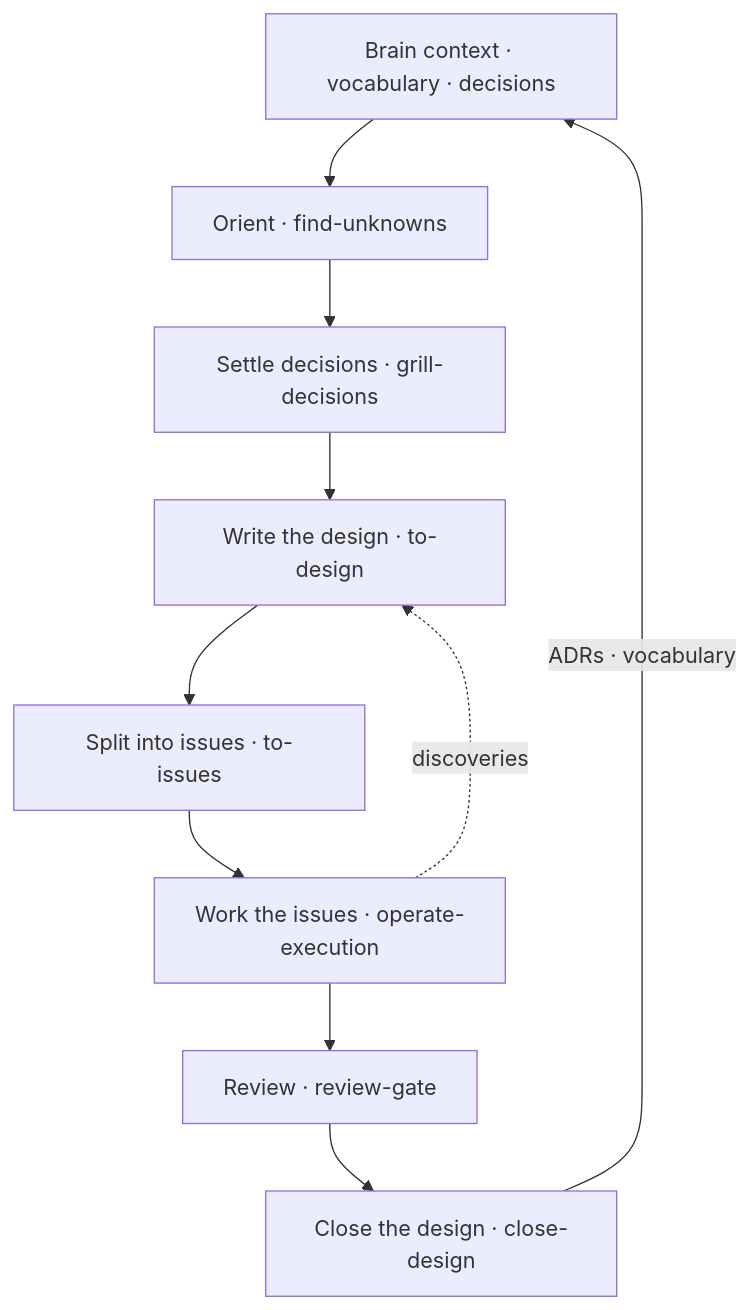
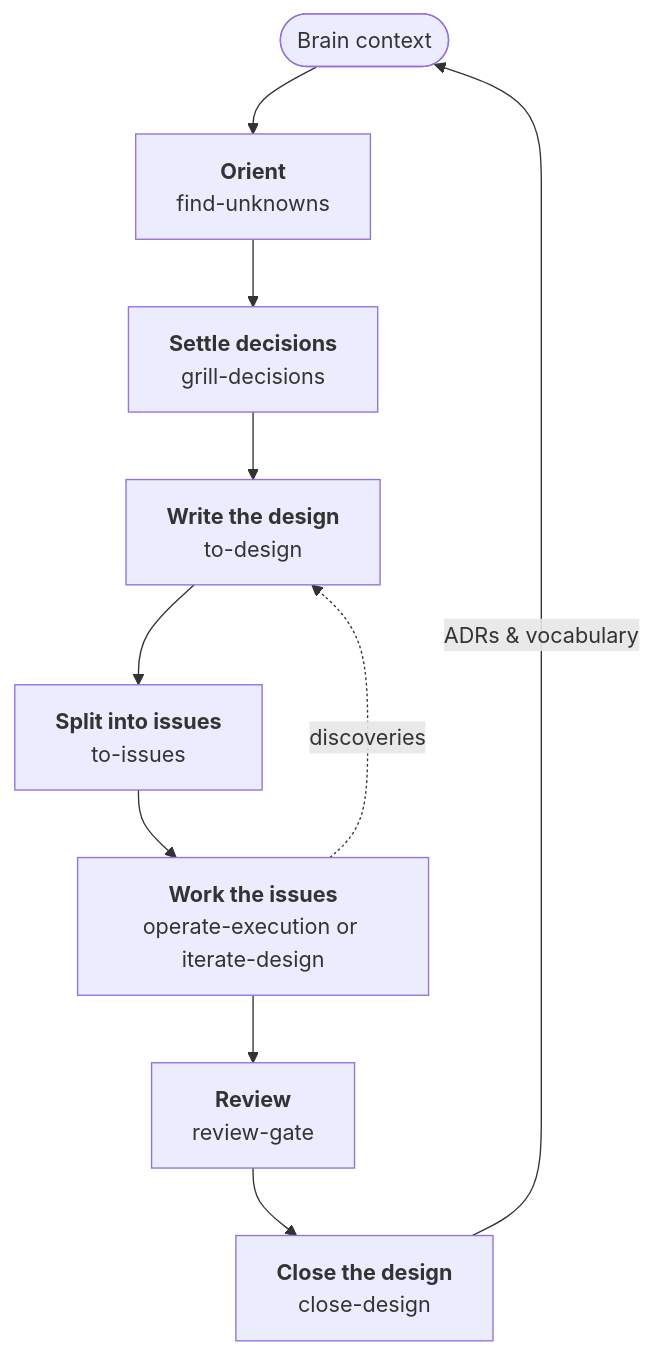
Before and after one commit to arminzou/dotbrain: the first of 2 diagrams in docs/workflow.md, drawn with Mermaid. The commit also changed other lines of this file and 19 other files, not shown here.

First line of the commit message:
docs(site): polish diagrams and record a shared Mermaid style

````diff
--- a/docs/workflow.md
+++ b/docs/workflow.md
@@ -12,12 +12,20 @@
 ```mermaid
 flowchart TD
-  ctx["Brain context · vocabulary · decisions"] --> orient["Orient · find-unknowns"]
-  orient --> grill["Settle decisions · grill-decisions"]
-  grill --> design["Write the design · to-design"]
-  design --> issues["Split into issues · to-issues"]
-  issues --> work["Work the issues · operate-execution"]
-  work --> review["Review · review-gate"]
-  review --> close["Close the design · close-design"]
+  accTitle: The workflow loop from Brain context to closed design
+  ctx(["Brain context"]) --> orient["`**Orient**
+  find-unknowns`"]
+  orient --> grill["`**Settle decisions**
+  grill-decisions`"]
+  grill --> design["`**Write the design**
+  to-design`"]
+  design --> issues["`**Split into issues**
+  to-issues`"]
+  issues --> work["`**Work the issues**
+  operate-execution or iterate-design`"]
+  work --> review["`**Review**
+  review-gate`"]
+  review --> close["`**Close the design**
+  close-design`"]
   work -. discoveries .-> design
-  close -- "ADRs · vocabulary" --> ctx
+  close -- "ADRs & vocabulary" --> ctx
 ```
````
